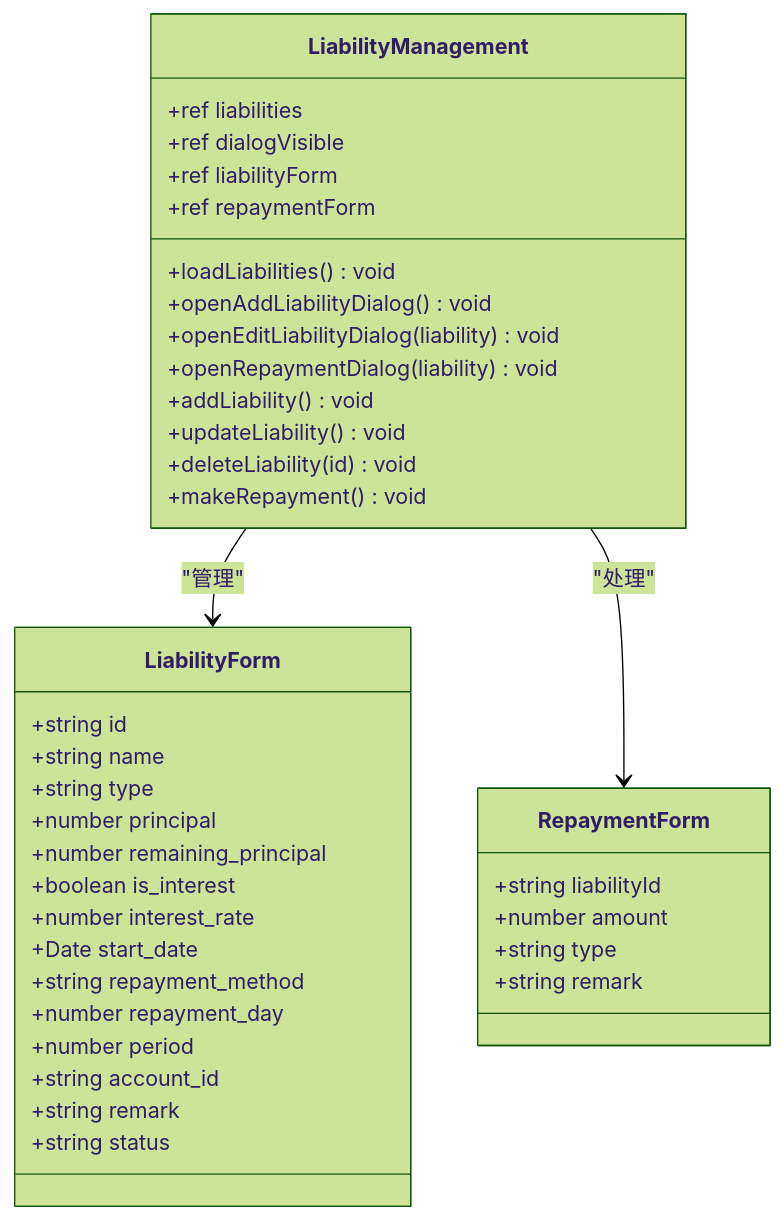
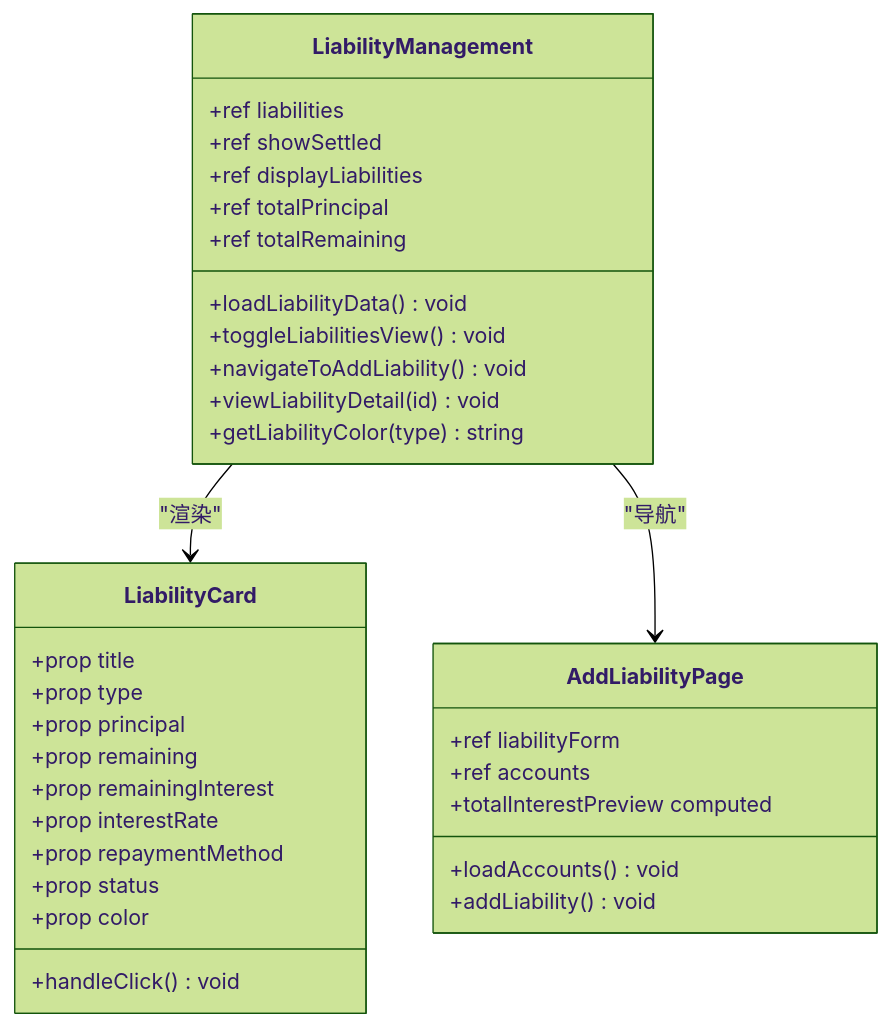
One commit to xiao-lin-unit/yuan changed the third of 8 diagrams in .qoder/repowiki/zh/content/负债管理.md. Above: the diagram before and after it, drawn with Mermaid (forest theme). The commit also changed other lines of this file and 6 other files, not shown here.

````diff
--- a/.qoder/repowiki/zh/content/负债管理.md
+++ b/.qoder/repowiki/zh/content/负债管理.md
@@ -155,41 +191,36 @@
 ```mermaid
 classDiagram
 class LiabilityManagement {
 +ref liabilities
-+ref dialogVisible
++ref showSettled
++ref displayLiabilities
++ref totalPrincipal
++ref totalRemaining
++loadLiabilityData() void
++toggleLiabilitiesView() void
++navigateToAddLiability() void
++viewLiabilityDetail(id) void
++getLiabilityColor(type) string
+}
+class LiabilityCard {
++prop title
++prop type
++prop principal
++prop remaining
++prop remainingInterest
++prop interestRate
++prop repaymentMethod
++prop status
++prop color
++handleClick() void
+}
+class AddLiabilityPage {
 +ref liabilityForm
-+ref repaymentForm
-+loadLiabilities() void
-+openAddLiabilityDialog() void
-+openEditLiabilityDialog(liability) void
-+openRepaymentDialog(liability) void
++ref accounts
++totalInterestPreview computed
++loadAccounts() void
 +addLiability() void
-+updateLiability() void
-+deleteLiability(id) void
-+makeRepayment() void
 }
-class LiabilityForm {
-+string id
-+string name
-+string type
-+number principal
-+number remaining_principal
-+boolean is_interest
-+number interest_rate
-+Date start_date
-+string repayment_method
-+number repayment_day
-+number period
-+string account_id
-+string remark
-+string status
-}
-class RepaymentForm {
-+string liabilityId
-+number amount
-+string type
-+string remark
-}
-LiabilityManagement --> LiabilityForm : "管理"
-LiabilityManagement --> RepaymentForm : "处理"
+LiabilityManagement --> LiabilityCard : "渲染"
+LiabilityManagement --> AddLiabilityPage : "导航"
 ```
````
